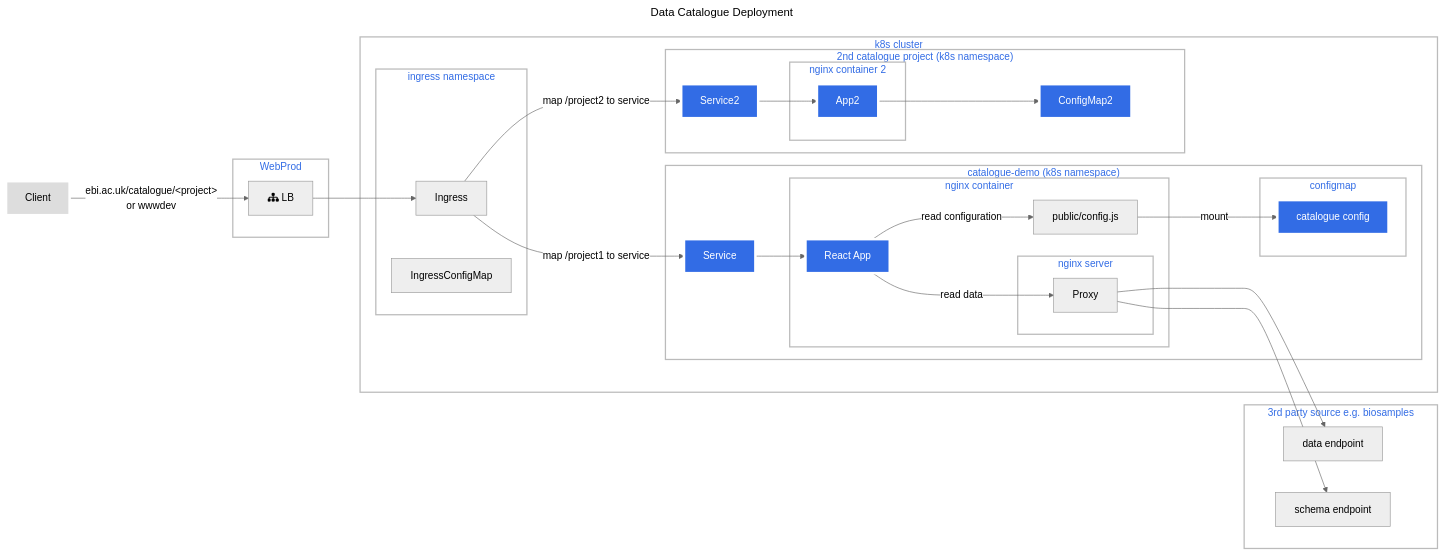
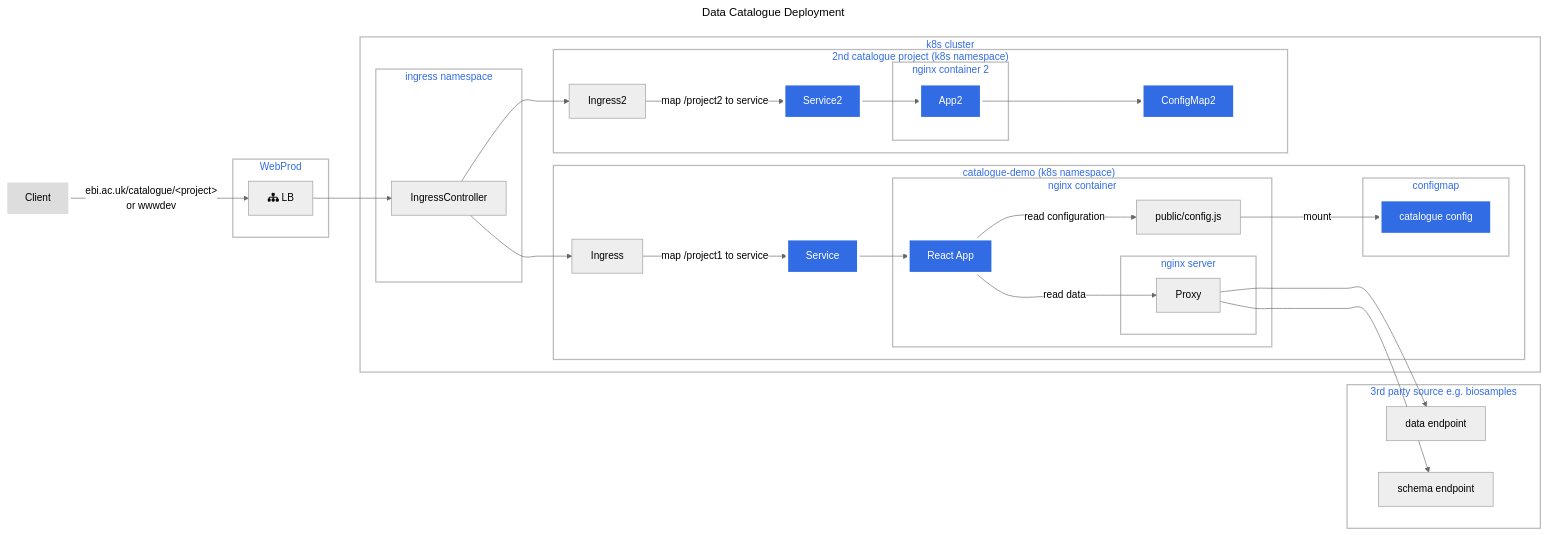
One commit to ebi-ait/data-catalogue-frontend changed the diagram in README.md. Above: the diagram before and after it, drawn with Mermaid (neutral theme). The commit also changed other lines of this file and 2 other files, not shown here.

````diff
--- a/README.md
+++ b/README.md
@@ -46,71 +48,76 @@
 ```mermaid
 ---
 title: Data Catalogue Deployment
 ---
+
+%%{ init: { 'flowchart': { 'curve': 'catmullRom' } } }%%
+
 graph LR
 
     Client --> |"ebi.ac.uk/catalogue/&lt;project&gt;\nor wwwdev"|LB
-    LB[fa:fa-sitemap LB]  --> Ingress
+    LB[fa:fa-sitemap LB]  --> IngressController
     
     subgraph WebProd
         LB
     end
 
     subgraph k8s cluster
         subgraph ingress namespace
-            Ingress
-            IngressConfigMap
+            IngressController
         end
         subgraph "catalogue-demo (k8s namespace)"
             Service --> App
+            IngressController-->Ingress
 
             subgraph nginx container
                 
                 ConfigFile[public/config.js]
                 App[React App] -->|read configuration|ConfigFile
                 subgraph nginx server
                     P[Proxy]
                 end
                 App --> |read data| P
             end
 
             subgraph configmap
                 ConfigFile --> | mount | ConfigMap[catalogue config]
             end
             Ingress --> | map /project1 to service|Service
             class App,Service,ConfigMap k8s;
         end
         subgraph "2nd catalogue project (k8s namespace)"
             
             ConfigMap2
             Service2
+            IngressController-->Ingress2
+
             Service2 --> App2
             App2 --> ConfigMap2
             subgraph nginx container 2
                 App2
             end
             
-            Ingress --> | map /project2 to service|Service2
+            Ingress2 --> | map /project2 to service|Service2
 
             class App2,Service2,ConfigMap2 k8s;
         end
     end
 
     subgraph 3rd party source e.g. biosamples
         DJ[data endpoint]
         SJ[schema endpoint]
         P[Proxy] -->DJ
         P[Proxy] -->SJ
     end
     
     %% styling definitions
     classDef plain fill:#ddd,stroke:#fff,stroke-width:4px,color:#000;
     classDef k8s fill:#326ce5,stroke:#fff,stroke-width:4px,color:#fff;
     classDef cluster fill:#fff,stroke:#bbb,stroke-width:2px,color:#326ce5;
     
     %% Styling application   
     
     class Client plain;
     class k8s cluster;
 
 ```
````
